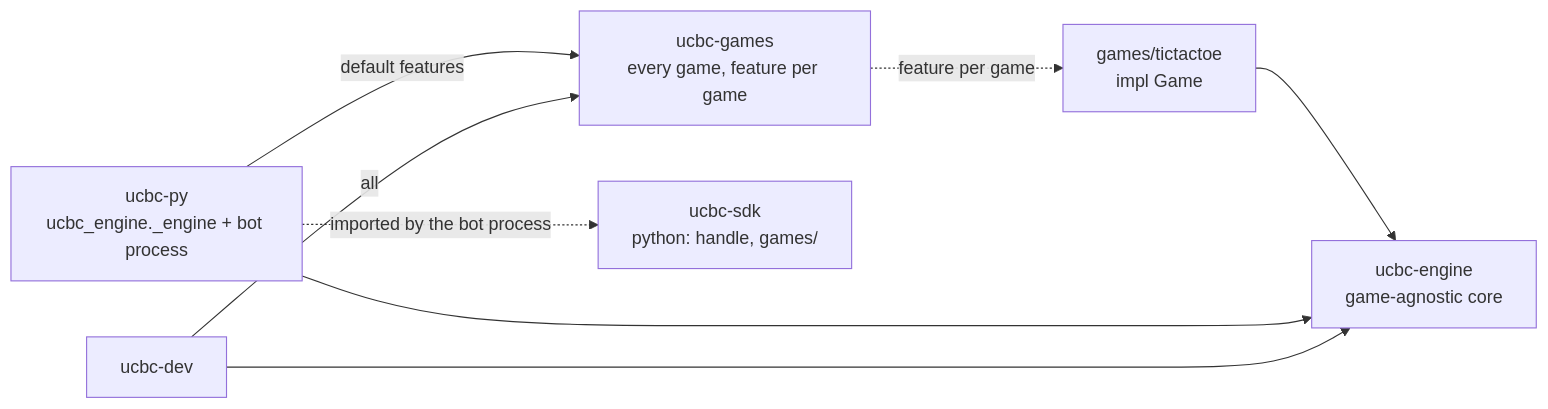
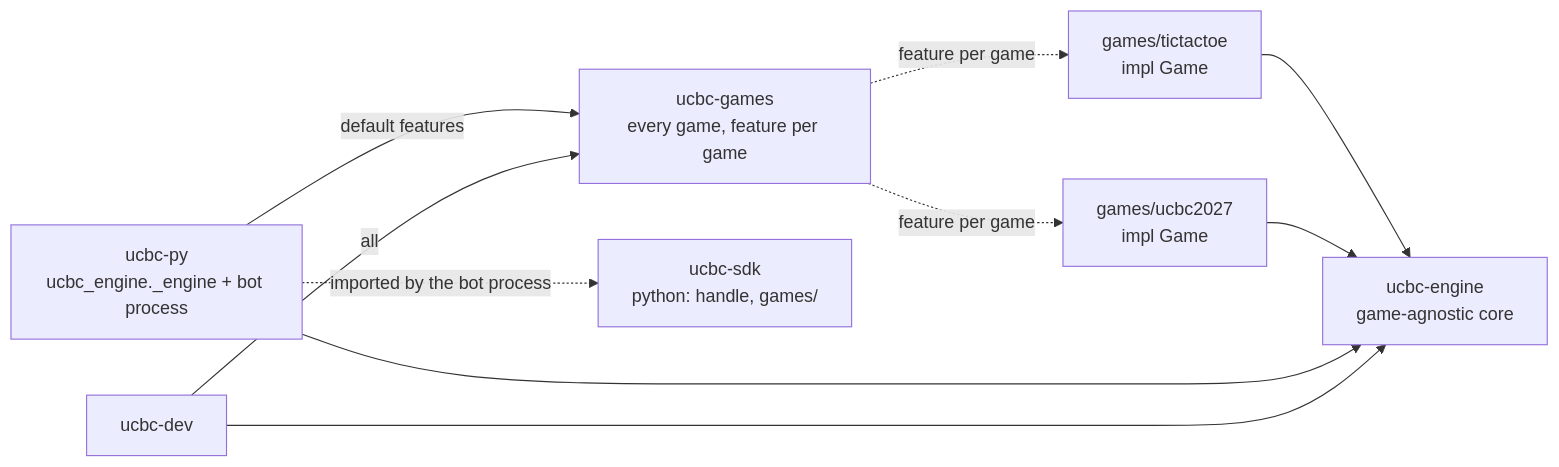
One commit to aheschl1/ucalgarybc2027 changed the first of 4 diagrams in docs/engine.md. Above: the diagram before and after it, drawn with Mermaid. The commit also changed other lines of this file and 25 other files, not shown here.

First line of the commit message:
ucbc2027: the competition game, and the default build

````diff
--- a/docs/engine.md
+++ b/docs/engine.md
@@ -5,16 +5,19 @@
 ```mermaid
 graph LR
     engine[ucbc-engine<br/>game-agnostic core]
     ttt[games/tictactoe<br/>impl Game]
+    g27[games/ucbc2027<br/>impl Game]
     games[ucbc-games<br/>every game, feature per game]
     py[ucbc-py<br/>ucbc_engine._engine + bot process]
     cli[ucbc-dev]
     sdk[ucbc-sdk<br/>python: handle, games/]
     ttt --> engine
     games -. feature per game .-> ttt
+    games -. feature per game .-> g27
+    g27 --> engine
     py --> engine
     py -- default features --> games
     cli --> engine
     cli -- all --> games
     py -. imported by the bot process .-> sdk
 ```
````
